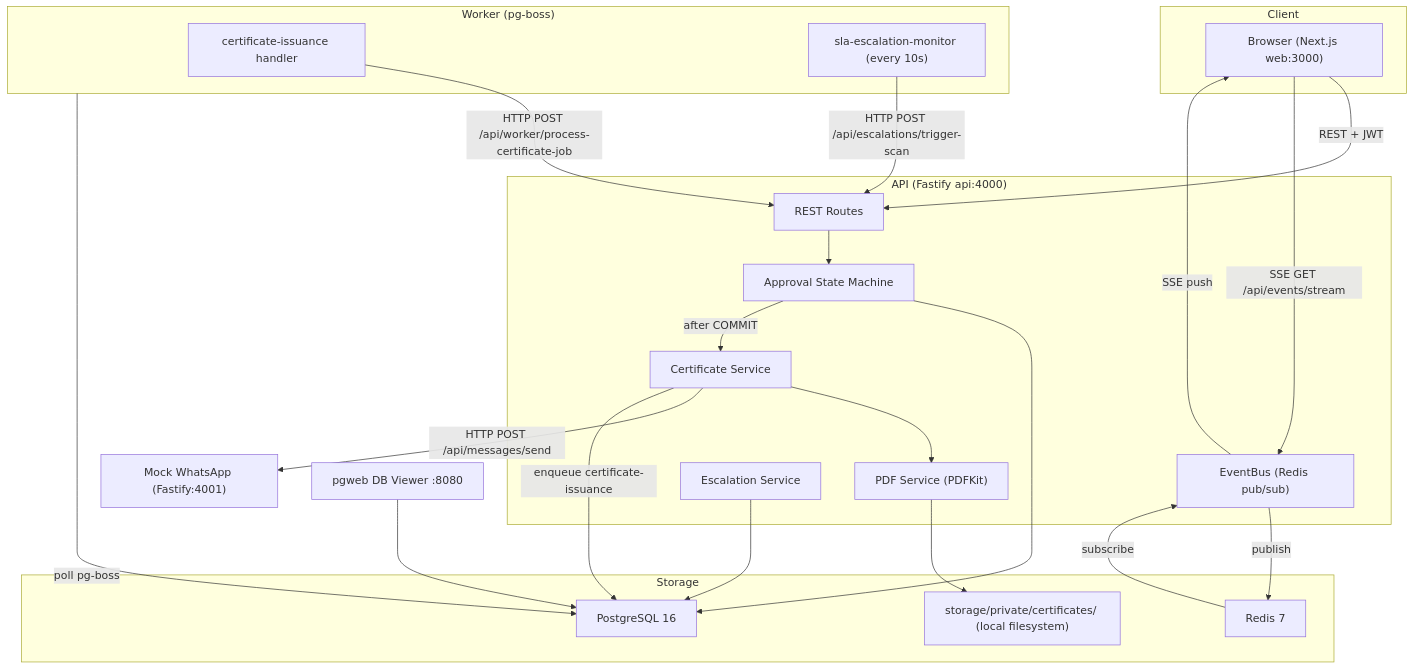
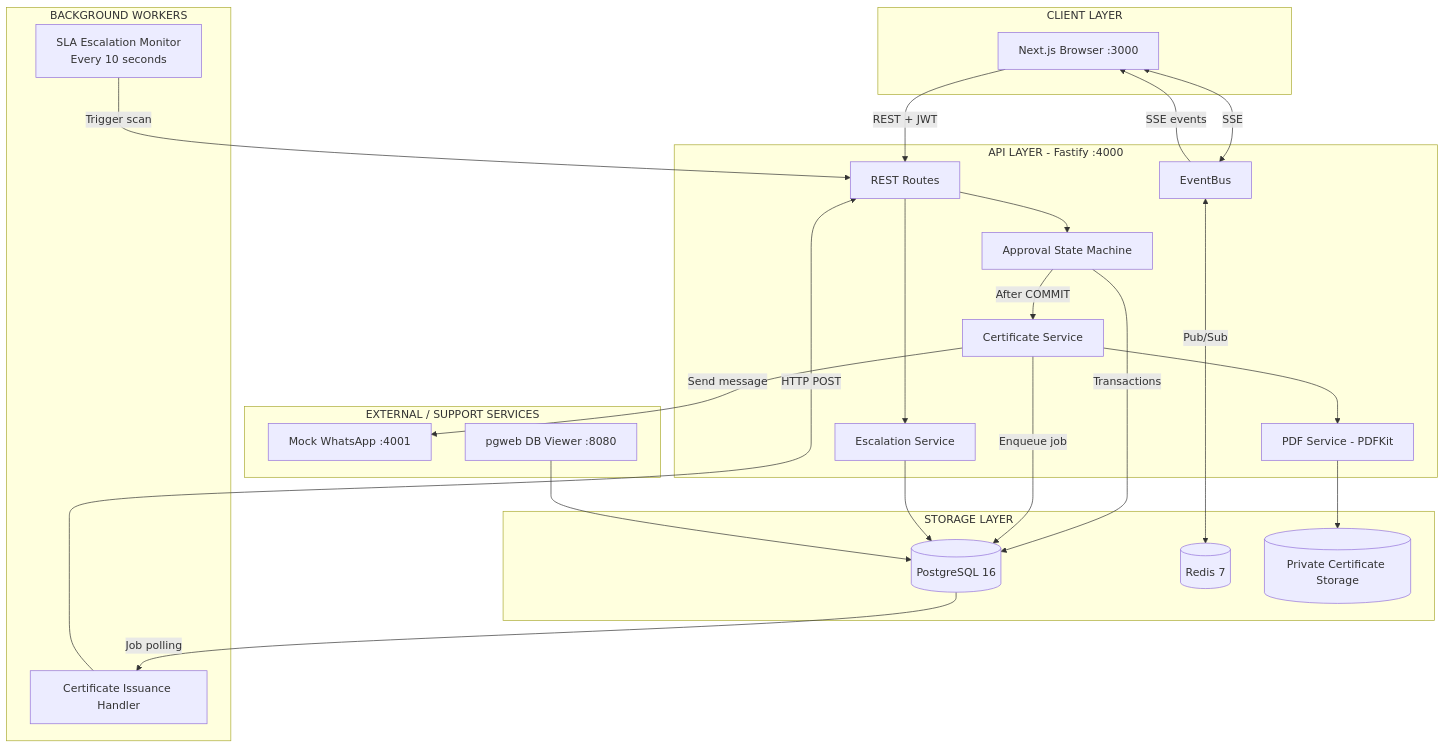
Before and after one commit to MANASA-REDDY04/certiflow-hackathon: the first of 2 diagrams in README.md, drawn with Mermaid. The commit also changed other lines of this file, not shown here.

Commit message:
docs(readme): add detailed flowchart and sequence diagram for architecture and event flow

````diff
--- a/README.md
+++ b/README.md
@@ -52,47 +52,55 @@
 ```mermaid
-flowchart TD
-    subgraph Client
-        Browser["Browser (Next.js web:3000)"]
+flowchart TB
+    subgraph Client["CLIENT LAYER"]
+        B["Next.js Browser :3000"]
     end
 
-    subgraph API["API (Fastify api:4000)"]
-        Routes["REST Routes"]
+    subgraph API["API LAYER - Fastify :4000"]
+        R["REST Routes"]
         SM["Approval State Machine"]
-        PdfSvc["PDF Service (PDFKit)"]
-        CertSvc["Certificate Service"]
-        EscSvc["Escalation Service"]
-        EventBus["EventBus (Redis pub/sub)"]
+        CS["Certificate Service"]
+        PS["PDF Service - PDFKit"]
+        ES["Escalation Service"]
+        EB["EventBus"]
     end
 
-    subgraph Worker["Worker (pg-boss)"]
-        CertJob["certificate-issuance handler"]
-        SlaJob["sla-escalation-monitor (every 10s)"]
+    subgraph Workers["BACKGROUND WORKERS"]
+        CW["Certificate Issuance Handler"]
+        SW["SLA Escalation Monitor<br/>Every 10 seconds"]
     end
 
-    subgraph Storage
-        PG["PostgreSQL 16"]
-        Redis["Redis 7"]
-        FS["storage/private/certificates/ (local filesystem)"]
+    subgraph Storage["STORAGE LAYER"]
+        PG[("PostgreSQL 16")]
+        RD[("Redis 7")]
+        FS[("Private Certificate Storage")]
     end
 
-    Mock["Mock WhatsApp (Fastify:4001)"]
-    DBView["pgweb DB Viewer :8080"]
+    subgraph External["EXTERNAL / SUPPORT SERVICES"]
+        WA["Mock WhatsApp :4001"]
+        DB["pgweb DB Viewer :8080"]
+    end
 
-    Browser -->|"REST + JWT"| Routes
-    Browser -->|"SSE GET /api/events/stream"| EventBus
-    Routes --> SM
-    SM --> PG
-    SM -->|"after COMMIT"| CertSvc
-    CertSvc --> PdfSvc
-    PdfSvc --> FS
-    CertSvc -->|"HTTP POST /api/messages/send"| Mock
-    CertSvc -->|"enqueue certificate-issuance"| PG
-    Worker -->|"poll pg-boss"| PG
-    CertJob -->|"HTTP POST /api/worker/process-certificate-job"| Routes
-    SlaJob -->|"HTTP POST /api/escalations/trigger-scan"| Routes
-    EscSvc --> PG
-    EventBus -->|"publish"| Redis
-    Redis -->|"subscribe"| EventBus
-    EventBus -->|"SSE push"| Browser
-    DBView --> PG
+    B -->|"REST + JWT"| R
+    B <-->|"SSE"| EB
+
+    R --> SM
+    SM -->|"Transactions"| PG
+    SM -->|"After COMMIT"| CS
+
+    CS --> PS
+    PS --> FS
+    CS -->|"Send message"| WA
+    CS -->|"Enqueue job"| PG
+
+    PG -->|"Job polling"| CW
+    CW -->|"HTTP POST"| R
+    SW -->|"Trigger scan"| R
+
+    R --> ES
+    ES --> PG
+
+    EB <-->|"Pub/Sub"| RD
+    EB -->|"SSE events"| B
+
+    DB --> PG
 ```
````
